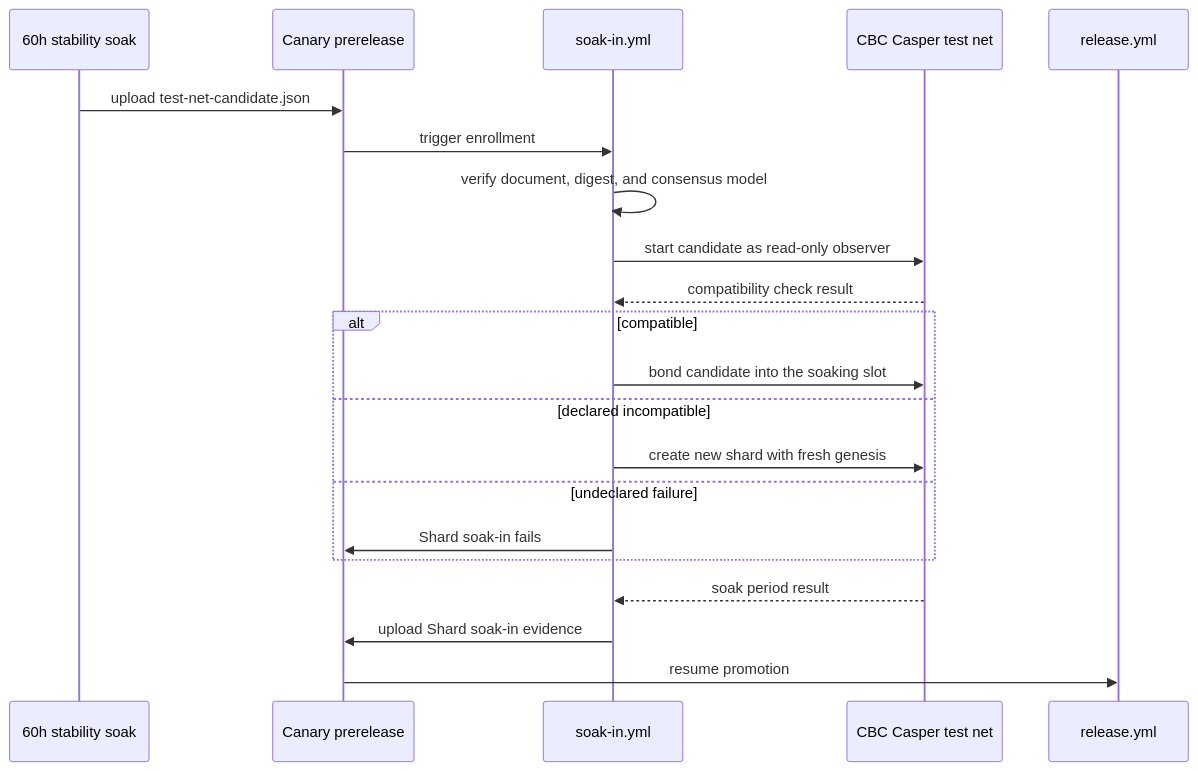
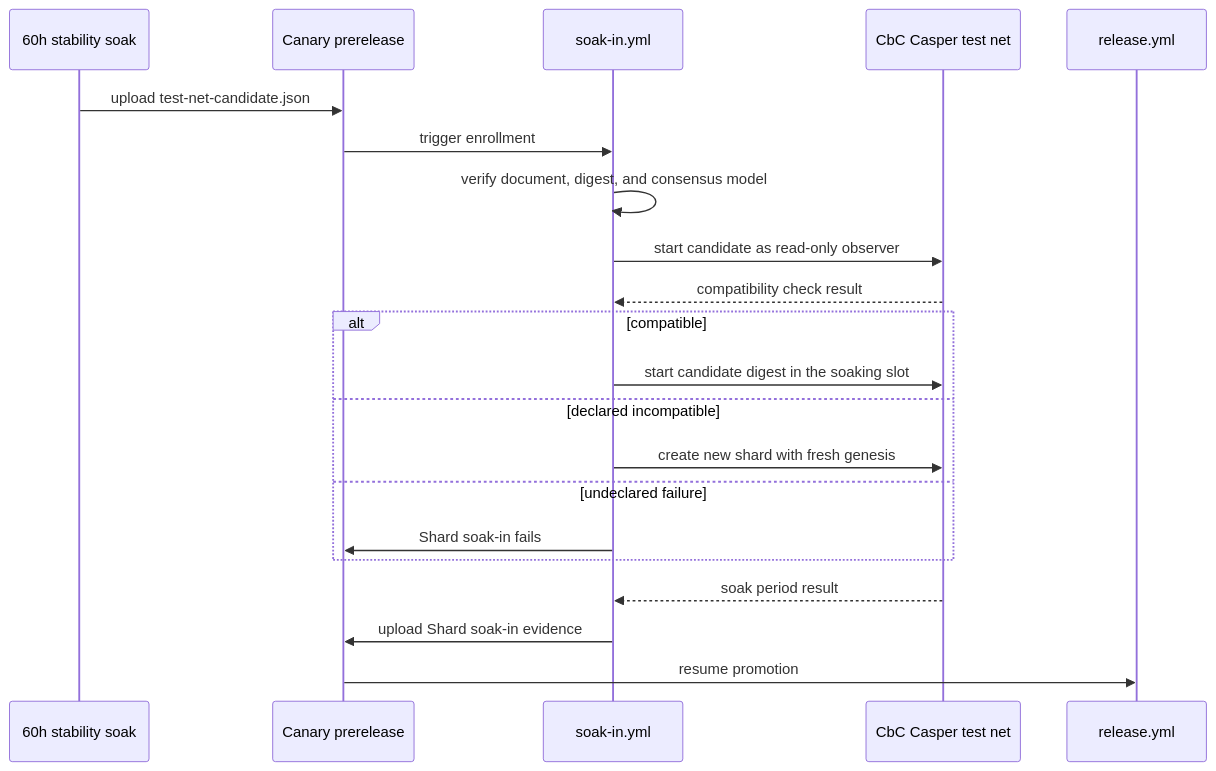
Before and after one commit to F1R3FLY-io/f1r3node-rust: the third of 3 diagrams in docs/plans/test-net.md, drawn with Mermaid. The commit also changed other lines of this file and 4 other files, not shown here.

First line of the commit message:
docs(test-net): scope the test net to F1r3fly CbC Casper and add consensus model provisions (EPIC-014)

````diff
--- a/docs/plans/test-net.md
+++ b/docs/plans/test-net.md
@@ -91,23 +105,23 @@
 ```mermaid
 sequenceDiagram
     participant Soak as 60h stability soak
     participant Rel as Canary prerelease
     participant SI as soak-in.yml
-    participant TN as CBC Casper test net
+    participant TN as CbC Casper test net
     participant RC as release.yml
     Soak->>Rel: upload test-net-candidate.json
     Rel->>SI: trigger enrollment
     SI->>SI: verify document, digest, and consensus model
     SI->>TN: start candidate as read-only observer
     TN-->>SI: compatibility check result
     alt compatible
-        SI->>TN: bond candidate into the soaking slot
+        SI->>TN: start candidate digest in the soaking slot
     else declared incompatible
         SI->>TN: create new shard with fresh genesis
     else undeclared failure
         SI->>Rel: Shard soak-in fails
     end
     TN-->>SI: soak period result
     SI->>Rel: upload Shard soak-in evidence
     Rel->>RC: resume promotion
 ```
````
